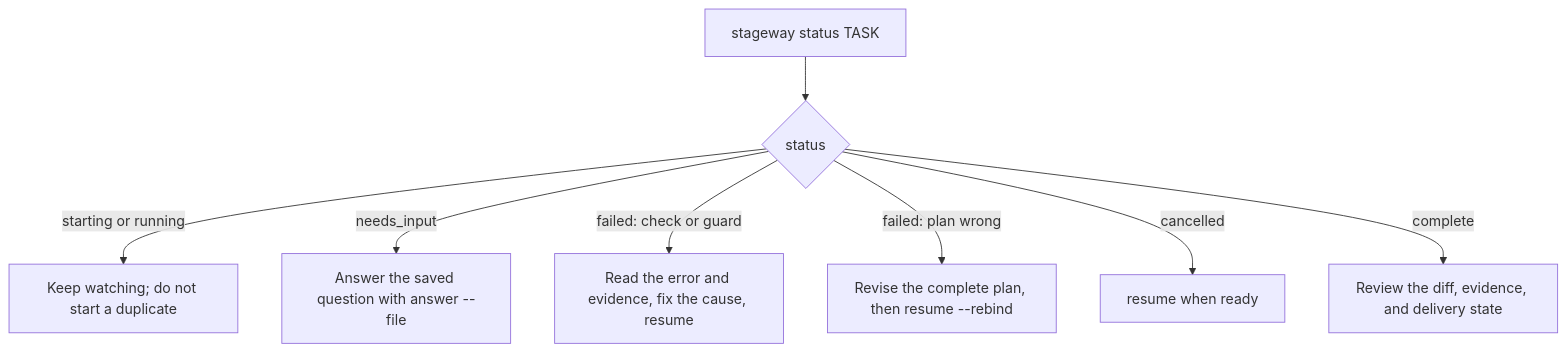
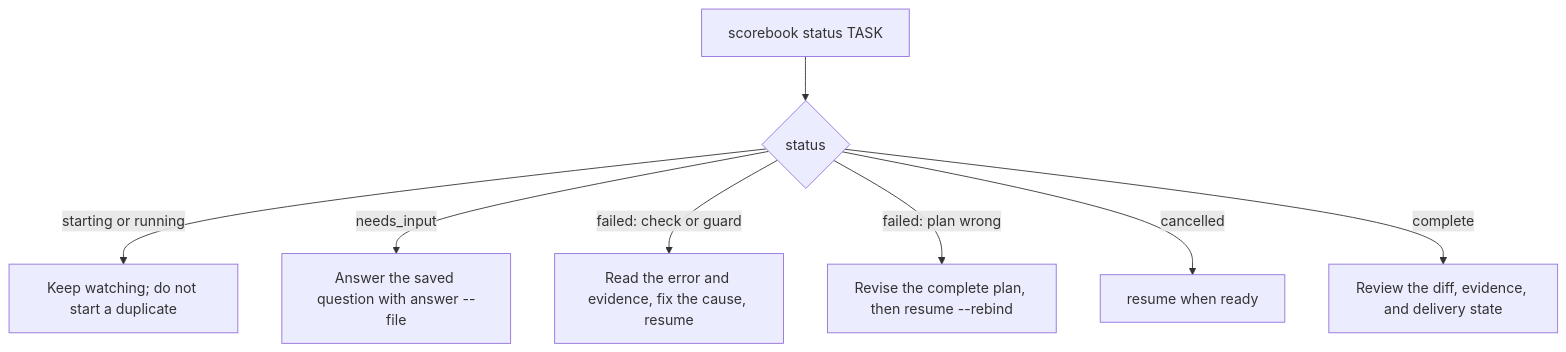
Before and after one commit to MarkoArsov/agent-workflow: the diagram in docs-data/diagrams/task-stops.mmd, drawn with Mermaid. The commit also changed 134 other files, not shown here.

```diff
--- a/docs-data/diagrams/task-stops.mmd
+++ b/docs-data/diagrams/task-stops.mmd
@@ -1,9 +1,9 @@
 %% When a task stops: decision tree on run status. Rendered by hand as task-stops.html.
 flowchart TD
-    A[stageway status TASK] --> B{status}
+    A[scorebook status TASK] --> B{status}
     B -->|starting or running| C[Keep watching; do not start a duplicate]
     B -->|needs_input| D[Answer the saved question with answer --file]
     B -->|failed: check or guard| E[Read the error and evidence, fix the cause, resume]
     B -->|failed: plan wrong| F[Revise the complete plan, then resume --rebind]
     B -->|cancelled| G[resume when ready]
     B -->|complete| H[Review the diff, evidence, and delivery state]
```
